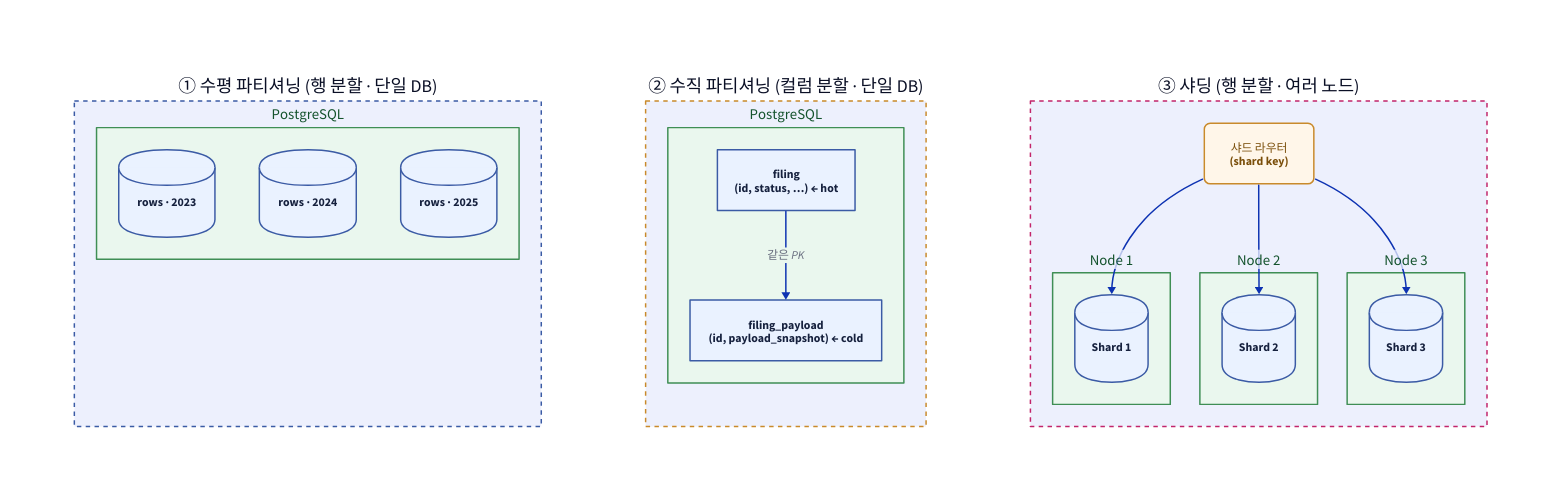
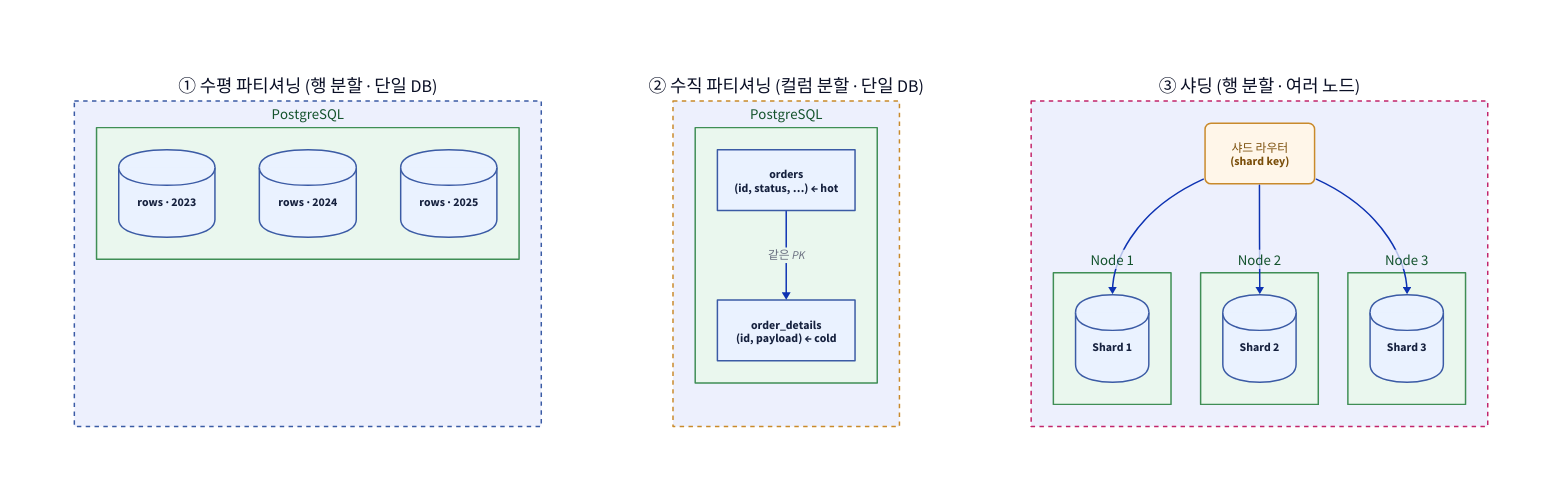
Before and after one commit to Hyune-s-lab/my-ai-study: the diagram in cs-study/assets/sharding-vs-partitioning.d2, drawn with D2. The commit also changed 8 other files, not shown here.

```diff
--- a/cs-study/assets/sharding-vs-partitioning.d2
+++ b/cs-study/assets/sharding-vs-partitioning.d2
@@ -1,41 +1,41 @@
 vars: { d2-config: { pad: 30 } }
 classes: {
   db:   { style: { fill: "#EAF7EE"; stroke: "#3F8E55"; font-color: "#14532D" } }
   part: { shape: cylinder; style: { fill: "#EAF2FF"; stroke: "#3B5BA5"; font-color: "#16213E" } }
   tbl:  { style: { fill: "#EAF2FF"; stroke: "#3B5BA5"; font-color: "#16213E" } }
   app:  { style: { fill: "#FFF6E9"; stroke: "#C98A2B"; font-color: "#7A4E0A"; border-radius: 8 } }
 }
 cmp: "" {
   style: { fill: "#FFFFFF"; stroke: "#FFFFFF" }
   grid-columns: 3
   grid-gap: 90
 
   h: "① 수평 파티셔닝  (행 분할 · 단일 DB)" {
     style: { stroke: "#3B5BA5"; stroke-dash: 3 }
     db: "PostgreSQL" {
       class: db
       p1: "rows · 2023" { class: part }
       p2: "rows · 2024" { class: part }
       p3: "rows · 2025" { class: part }
     }
   }
   v: "② 수직 파티셔닝  (컬럼 분할 · 단일 DB)" {
     style: { stroke: "#C98A2B"; stroke-dash: 3 }
     db: "PostgreSQL" {
       class: db
-      t1: "filing\n(id, status, …)  ← hot" { class: tbl }
-      t2: "filing_payload\n(id, payload_snapshot)  ← cold" { class: tbl }
+      t1: "orders\n(id, status, …)  ← hot" { class: tbl }
+      t2: "order_details\n(id, payload)  ← cold" { class: tbl }
       t1 -> t2: "같은 PK"
     }
   }
   s: "③ 샤딩  (행 분할 · 여러 노드)" {
     style: { stroke: "#C2256B"; stroke-dash: 3 }
     router: "샤드 라우터\n(shard key)" { class: app }
     n1: "Node 1" { class: db; s1: "Shard 1" { class: part } }
     n2: "Node 2" { class: db; s2: "Shard 2" { class: part } }
     n3: "Node 3" { class: db; s3: "Shard 3" { class: part } }
     router -> n1.s1
     router -> n2.s2
     router -> n3.s3
   }
 }
```
